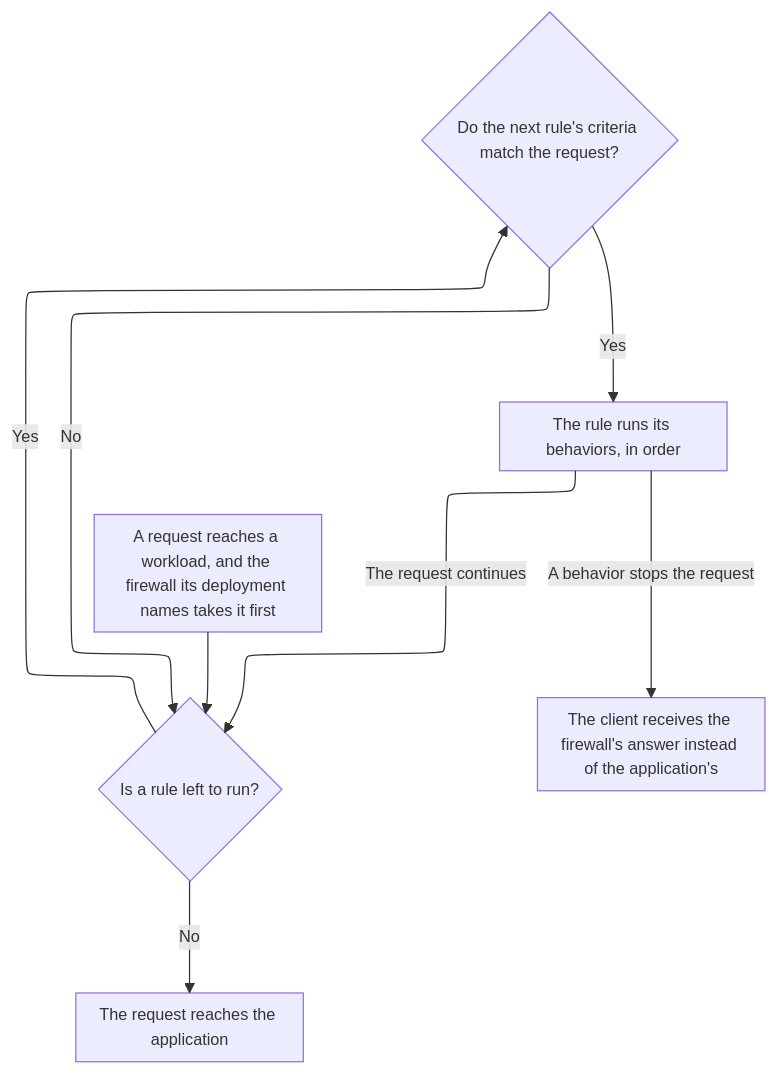
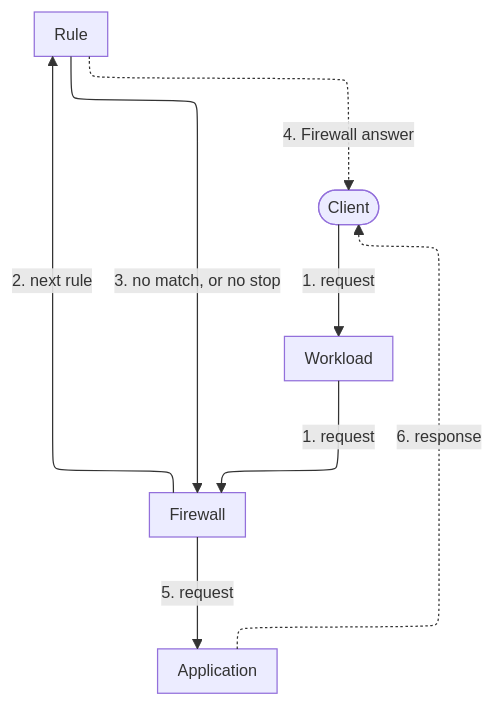
One commit to aziontech/docs changed the diagram in apps/docs/src/content/docs/en/pages/secure/firewall/how-it-works.mdx. Above: the diagram before and after it, drawn with Mermaid. The commit also changed other lines of this file and 233 other files, not shown here.

````diff
--- a/apps/docs/src/content/docs/en/pages/secure/firewall/how-it-works.mdx
+++ b/apps/docs/src/content/docs/en/pages/secure/firewall/how-it-works.mdx
@@ -30,11 +34,16 @@
 ```mermaid
-%%{init: {"layout": "elk", "themeVariables": {"fontSize": "13px"}, "flowchart": {"nodeSpacing": 24, "rankSpacing": 36, "padding": 8, "wrappingWidth": 150, "useMaxWidth": true}, "sequence": {"width": 120, "actorMargin": 30, "useMaxWidth": true}}}%%
+%%{init: {"layout": "elk", "elk": {"cycleBreakingStrategy": "MODEL_ORDER"}, "themeVariables": {"fontSize": "13px"}, "flowchart": {"nodeSpacing": 24, "rankSpacing": 36, "padding": 8, "wrappingWidth": 150, "useMaxWidth": true}, "sequence": {"width": 120, "actorMargin": 30, "useMaxWidth": true}}}%%
 flowchart TD
-  Req["A request reaches a workload, and the firewall its deployment names takes it first"] --> Left{"Is a rule left to run?"}
-  Left -->|"No"| App["The request reaches the application"]
-  Left -->|"Yes"| Crit{"Do the next rule's criteria match the request?"}
-  Crit -->|"No"| Left
-  Crit -->|"Yes"| Beh["The rule runs its behaviors, in order"]
-  Beh -->|"A behavior stops the request"| Stop["The client receives the firewall's answer instead of the application's"]
-  Beh -->|"The request continues"| Left
+  Client(["Client"])
+  WL["Workload"]
+  FW["Firewall"]
+  Rule["Rule"]
+  App["Application"]
+  Client -->|"1. request"| WL
+  WL -->|"1. request"| FW
+  FW -->|"2. next rule"| Rule
+  Rule -->|"3. no match, or no stop"| FW
+  Rule -.->|"4. Firewall answer"| Client
+  FW -->|"5. request"| App
+  App -.->|"6. response"| Client
 ```
````
